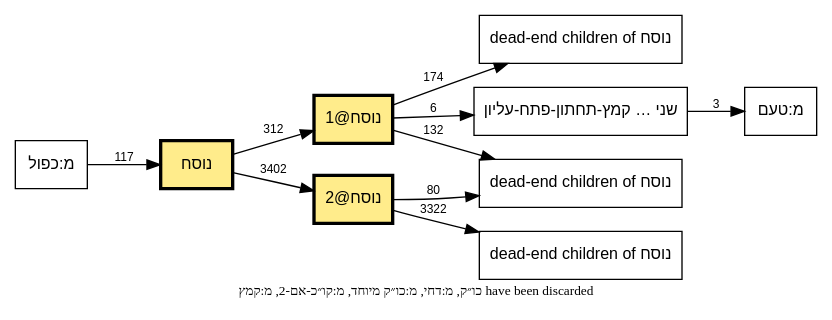
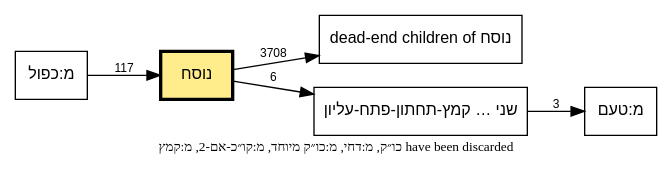
Before and after one commit to bdenckla/MAM-basics: the diagram in out/tmpl-survey-plain/plain-docnote-call-graph-e.dot, drawn with Graphviz. The commit also changed 22 other files, not shown here.

```diff
--- a/out/tmpl-survey-plain/plain-docnote-call-graph-e.dot
+++ b/out/tmpl-survey-plain/plain-docnote-call-graph-e.dot
@@ -1,57 +1,50 @@
 // This file was generated by MAM-basics/py/main_tmpl_survey.py.
 // Do not edit by hand.
 digraph template_call_graph {
     rankdir=LR;
     node [fontname="SBL Hebrew,Helvetica", fontsize=12];
     edge [fontname="Helvetica", fontsize=9];
     graph [comment="This file was generated by MAM-basics/py/main_tmpl_survey.py."];
 
     // Template nodes
     node [shape=box, style=""];
     "dead-end children of נוסח" [tooltip="גלגל-2
+כתיב ולא קרי
+מ:אות מנוקדת
 מ:אות-ג
 מ:אות-ק
 מ:גרש ותלישא גדולה
 מ:גרשיים ותלישא גדולה
+מ:טעם ומתג באות אחת
 מ:ירושלם
+מ:כל קמץ קטן מרכא
 מ:לגרמיה-2
-מ:פסק"];
-    "dead-end children of נוסח (2)" [label="dead-end children of נוסח", tooltip="כתיב ולא קרי
-מ:אות מנוקדת
-מ:טעם ומתג באות אחת
-מ:כל קמץ קטן מרכא
 מ:מקף אפור
 מ:נו״ן הפוכה
+מ:פסק
 מ:צינור
+מ:קישור בהערה
+מ:קישור פנימי בהערה
+מודגש
 סס
 ססס
 פפ
 פפפ
 קו״כ
 קרי ולא כתיב
 ר0
 ר1
-ר3"];
-    "dead-end children of נוסח (3)" [label="dead-end children of נוסח", tooltip="מ:קישור בהערה
-מ:קישור פנימי בהערה
-מודגש
+ר3
 ש"];
     "נוסח" [fillcolor="lightgoldenrod1", style="filled", penwidth=2.5];
-    "נוסח@1" [fillcolor="lightgoldenrod1", style="filled", penwidth=2.5];
-    "נוסח@2" [fillcolor="lightgoldenrod1", style="filled", penwidth=2.5];
     "שני טעמים באות אחת קמץ-תחתון-פתח-עליון" [label="שני … קמץ-תחתון-פתח-עליון", tooltip="שני טעמים באות אחת קמץ-תחתון-פתח-עליון"];
 
     // Note
     graph [label="כו״ק, מ:דחי, מ:כו״ק מיוחד, מ:קו״כ-אם-2, מ:קמץ have been discarded", labelloc=b, fontsize=10];
 
     // Edges
     "מ:כפול" -> "נוסח" [label="117"];
-    "נוסח" -> "נוסח@1" [label="312"];
-    "נוסח" -> "נוסח@2" [label="3402"];
-    "נוסח@1" -> "dead-end children of נוסח" [label="132"];
-    "נוסח@1" -> "dead-end children of נוסח (2)" [label="174"];
-    "נוסח@1" -> "שני טעמים באות אחת קמץ-תחתון-פתח-עליון" [label="6"];
-    "נוסח@2" -> "dead-end children of נוסח" [label="80"];
-    "נוסח@2" -> "dead-end children of נוסח (3)" [label="3322"];
+    "נוסח" -> "dead-end children of נוסח" [label="3708"];
+    "נוסח" -> "שני טעמים באות אחת קמץ-תחתון-פתח-עליון" [label="6"];
     "שני טעמים באות אחת קמץ-תחתון-פתח-עליון" -> "מ:טעם" [label="3"];
 }
```
